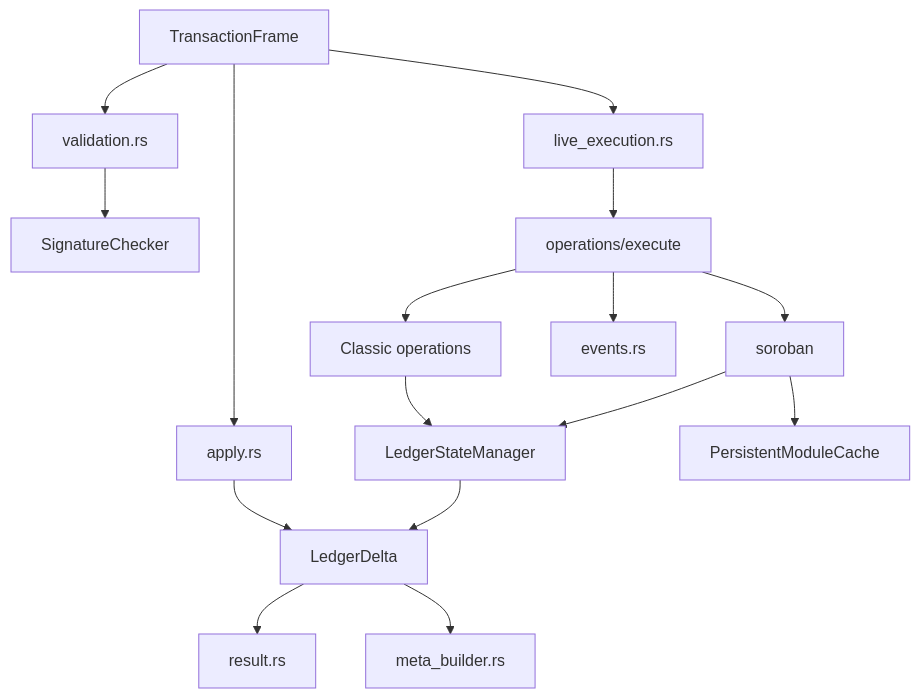
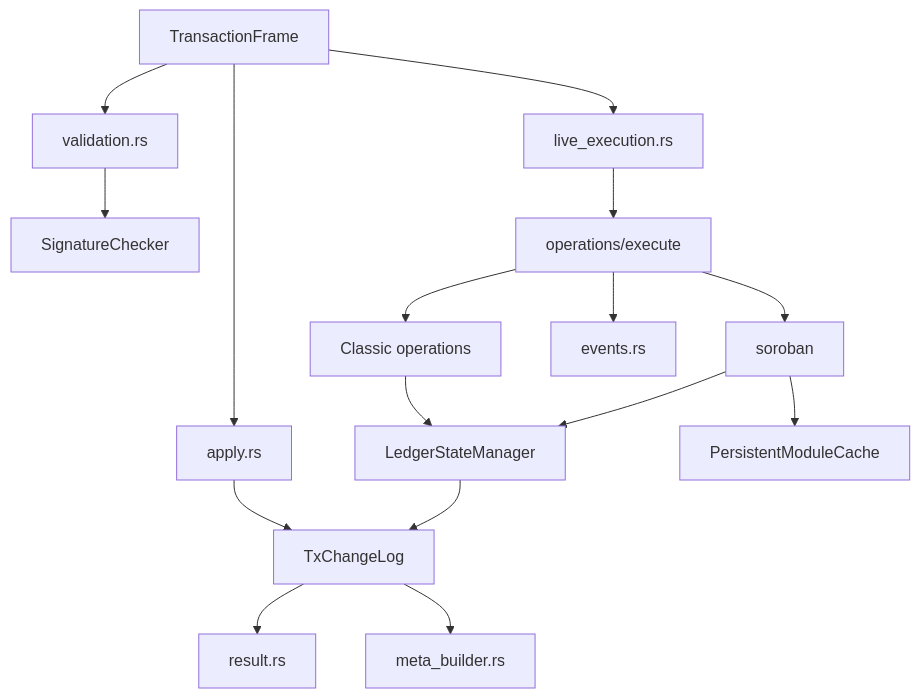
Before and after one commit to stellar-experimental/henyey: the diagram in crates/tx/README.md, drawn with Mermaid. The commit also changed other lines of this file and 3 other files, not shown here.

````diff
--- a/crates/tx/README.md
+++ b/crates/tx/README.md
@@ -13,20 +13,20 @@
 ```mermaid
 flowchart TD
     F[TransactionFrame] --> V[validation.rs]
     F --> L[live_execution.rs]
     F --> H[apply.rs]
 
     V --> S[SignatureChecker]
     L --> O[operations/execute]
     O --> C[Classic operations]
     O --> SB[soroban]
 
     C --> SM[LedgerStateManager]
     SB --> SM
     SB --> MC[PersistentModuleCache]
-    H --> D[LedgerDelta]
+    H --> D[TxChangeLog]
     SM --> D
     D --> R[result.rs]
     D --> M[meta_builder.rs]
     O --> E[events.rs]
 ```
````
